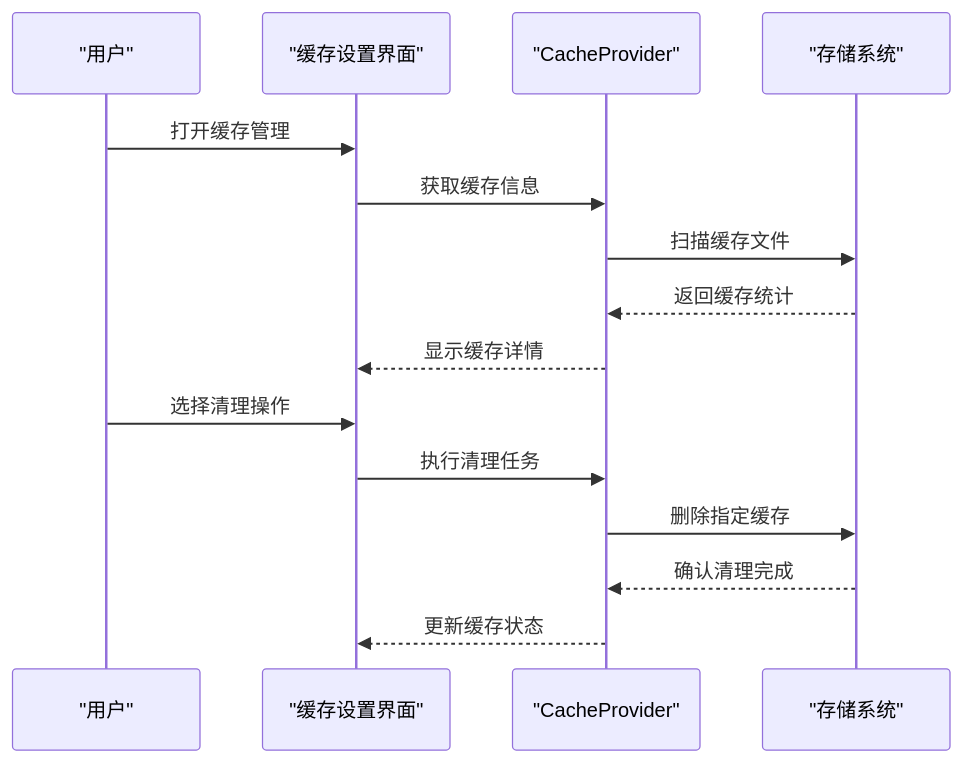
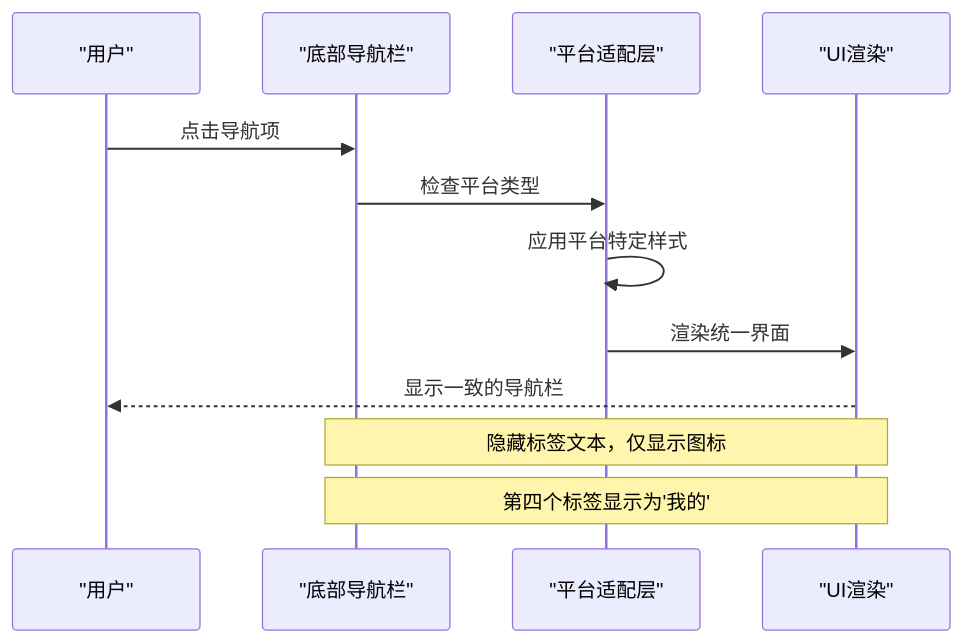
One commit to ZhangGHGitHub/LegadoTeamFlutter changed the fifth of 8 diagrams in .qoder/repowiki/zh/content/Flutter跨平台应用/Flutter跨平台应用.md. Above: the diagram before and after it, drawn with Mermaid. The commit also changed other lines of this file and 60 other files, not shown here.

````diff
--- a/.qoder/repowiki/zh/content/Flutter跨平台应用/Flutter跨平台应用.md
+++ b/.qoder/repowiki/zh/content/Flutter跨平台应用/Flutter跨平台应用.md
@@ -376,17 +282,14 @@
 ```mermaid
 sequenceDiagram
 participant User as "用户"
-participant CacheUI as "缓存设置界面"
-participant CacheProvider as "CacheProvider"
-participant Storage as "存储系统"
-User->>CacheUI : 打开缓存管理
-CacheUI->>CacheProvider : 获取缓存信息
-CacheProvider->>Storage : 扫描缓存文件
-Storage-->>CacheProvider : 返回缓存统计
-CacheProvider-->>CacheUI : 显示缓存详情
-User->>CacheUI : 选择清理操作
-CacheUI->>CacheProvider : 执行清理任务
-CacheProvider->>Storage : 删除指定缓存
-Storage-->>CacheProvider : 确认清理完成
-CacheProvider-->>CacheUI : 更新缓存状态
+participant BottomNav as "底部导航栏"
+participant Platform as "平台适配层"
+participant UI as "UI渲染"
+User->>BottomNav : 点击导航项
+BottomNav->>Platform : 检查平台类型
+Platform->>Platform : 应用平台特定样式
+Platform->>UI : 渲染统一界面
+UI-->>User : 显示一致的导航栏
+Note over BottomNav,UI : 隐藏标签文本，仅显示图标
+Note over BottomNav,UI : 第四个标签显示为'我的'
 ```
````
